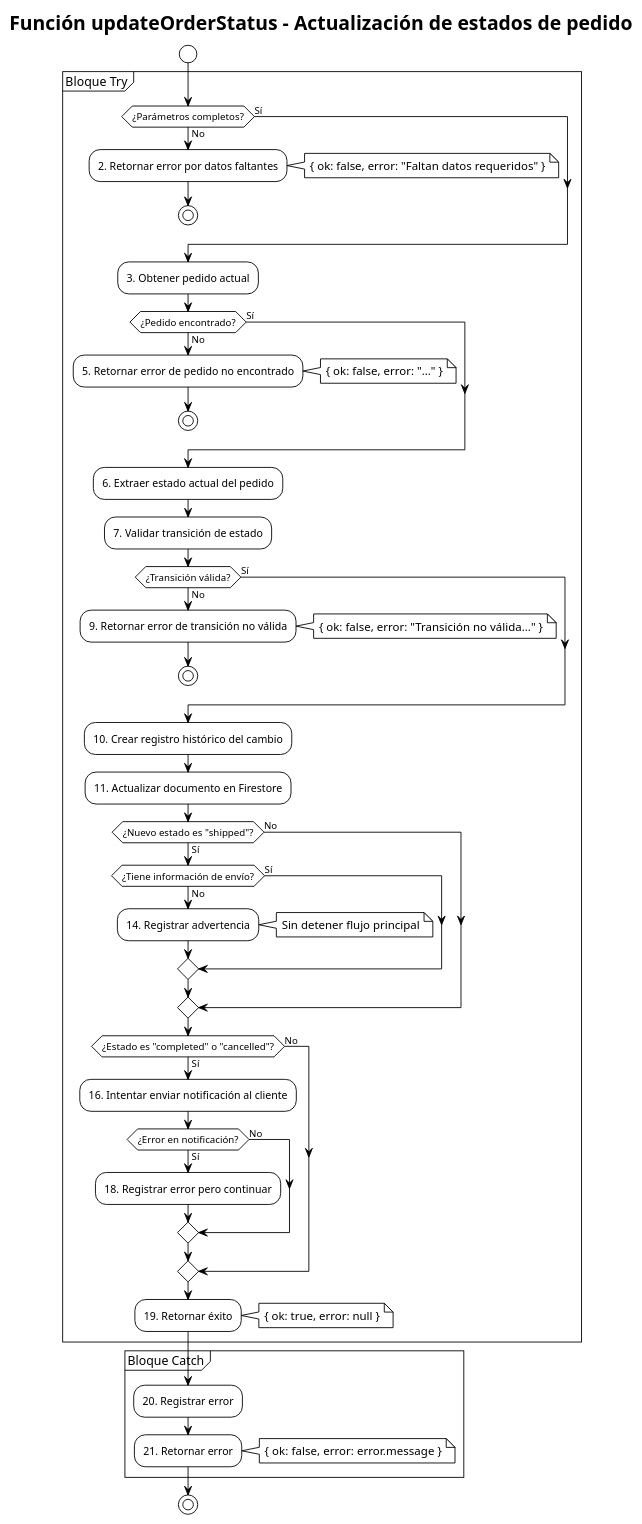
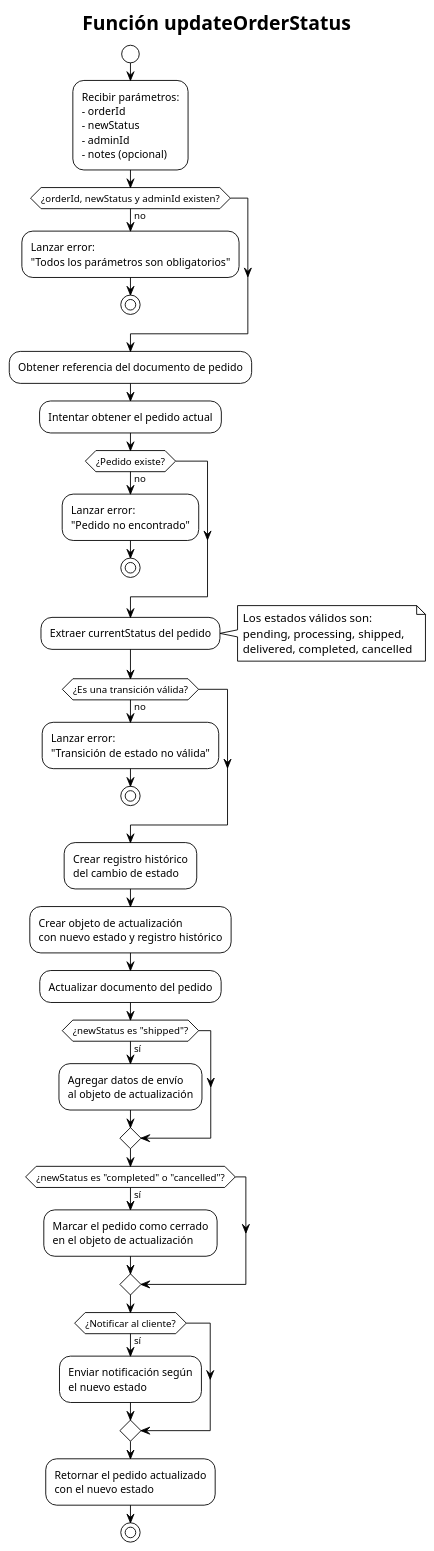
Before and after one commit to ValentinZurita/cactilia: the diagram in pruebas-de-caja-blanca/diagramas/PCB-M-10.plantuml, drawn with PlantUML. The commit also changed 6 other files, not shown here.

```diff
--- a/pruebas-de-caja-blanca/diagramas/PCB-M-10.plantuml
+++ b/pruebas-de-caja-blanca/diagramas/PCB-M-10.plantuml
@@ -1,97 +1,76 @@
 @startuml
 !theme plain
 skinparam monochrome true
 skinparam shadowing false
 skinparam defaultFontName Arial
 skinparam ArrowFontSize 11
 
-title Función updateOrderStatus - Actualización de estados de pedido
+title Función updateOrderStatus
 
 start
 
-partition "Bloque Try" {
-  ' 1 - Decisión 1
-  if (¿Parámetros completos?) then (No)
-    ' 2
-    :2. Retornar error por datos faltantes;
-    note right: { ok: false, error: "Faltan datos requeridos" }
-    stop
-  else (Sí)
-  endif
-  
-  ' 3
-  :3. Obtener pedido actual;
-  
-  ' 4 - Decisión 2
-  if (¿Pedido encontrado?) then (No)
-    ' 5
-    :5. Retornar error de pedido no encontrado;
-    note right: { ok: false, error: "..." }
-    stop
-  else (Sí)
-  endif
-  
-  ' 6
-  :6. Extraer estado actual del pedido;
-  
-  ' 7
-  :7. Validar transición de estado;
-  
-  ' 8 - Decisión 3
-  if (¿Transición válida?) then (No)
-    ' 9
-    :9. Retornar error de transición no válida;
-    note right: { ok: false, error: "Transición no válida..." }
-    stop
-  else (Sí)
-  endif
-  
-  ' 10
-  :10. Crear registro histórico del cambio;
-  
-  ' 11
-  :11. Actualizar documento en Firestore;
-  
-  ' 12 - Decisión 4
-  if (¿Nuevo estado es "shipped"?) then (Sí)
-    ' 13 - Decisión 5
-    if (¿Tiene información de envío?) then (No)
-      ' 14
-      :14. Registrar advertencia;
-      note right: Sin detener flujo principal
-    else (Sí)
-    endif
-  else (No)
-  endif
-  
-  ' 15 - Decisión 6
-  if (¿Estado es "completed" o "cancelled"?) then (Sí)
-    ' 16
-    :16. Intentar enviar notificación al cliente;
-    
-    ' 17 - Decisión 7
-    if (¿Error en notificación?) then (Sí)
-      ' 18
-      :18. Registrar error pero continuar;
-    else (No)
-    endif
-  else (No)
-  endif
-  
-  ' 19
-  :19. Retornar éxito;
-  note right: { ok: true, error: null }
-}
+:Recibir parámetros:
+- orderId
+- newStatus
+- adminId
+- notes (opcional);
 
-partition "Bloque Catch" {
-  ' 20
-  :20. Registrar error;
-  
-  ' 21
-  :21. Retornar error;
-  note right: { ok: false, error: error.message }
-}
+if (¿orderId, newStatus y adminId existen?) then (no)
+  :Lanzar error:
+  "Todos los parámetros son obligatorios";
+  stop
+endif
+
+:Obtener referencia del documento de pedido;
+
+:Intentar obtener el pedido actual;
+
+if (¿Pedido existe?) then (no)
+  :Lanzar error:
+  "Pedido no encontrado";
+  stop
+endif
+
+:Extraer currentStatus del pedido;
+
+note right
+  Los estados válidos son:
+  pending, processing, shipped,
+  delivered, completed, cancelled
+end note
+
+if (¿Es una transición válida?) then (no)
+  :Lanzar error:
+  "Transición de estado no válida";
+  stop
+endif
+
+:Crear registro histórico 
+del cambio de estado;
+
+:Crear objeto de actualización
+con nuevo estado y registro histórico;
+
+:Actualizar documento del pedido;
+
+if (¿newStatus es "shipped"?) then (sí)
+  :Agregar datos de envío
+  al objeto de actualización;
+endif
+
+if (¿newStatus es "completed" o "cancelled"?) then (sí)
+  :Marcar el pedido como cerrado
+  en el objeto de actualización;
+endif
+
+if (¿Notificar al cliente?) then (sí)
+  :Enviar notificación según
+  el nuevo estado;
+endif
+
+:Retornar el pedido actualizado
+con el nuevo estado;
 
 stop
 
 @enduml 
```
